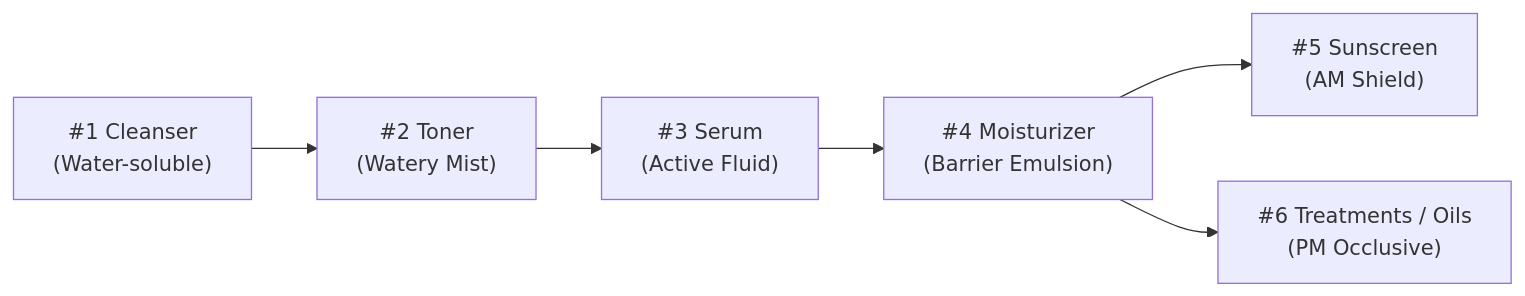
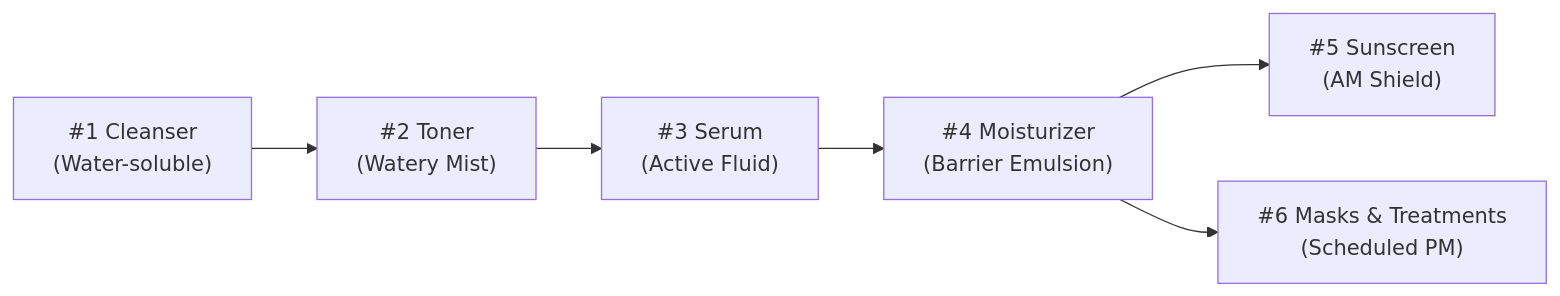
One commit to zhevadpal-dev/Mobile-App-Development- changed the diagram in README.md. Above: the diagram before and after it, drawn with Mermaid. The commit also changed other lines of this file, not shown here.

````diff
--- a/README.md
+++ b/README.md
@@ -161,8 +199,8 @@
 ```mermaid
 flowchart LR
     A["#1 Cleanser<br/>(Water-soluble)"] --> B["#2 Toner<br/>(Watery Mist)"]
     B --> C["#3 Serum<br/>(Active Fluid)"]
     C --> D["#4 Moisturizer<br/>(Barrier Emulsion)"]
     D --> E["#5 Sunscreen<br/>(AM Shield)"]
-    D --> F["#6 Treatments / Oils<br/>(PM Occlusive)"]
+    D --> F["#6 Masks & Treatments<br/>(Scheduled PM)"]
 ```
````
